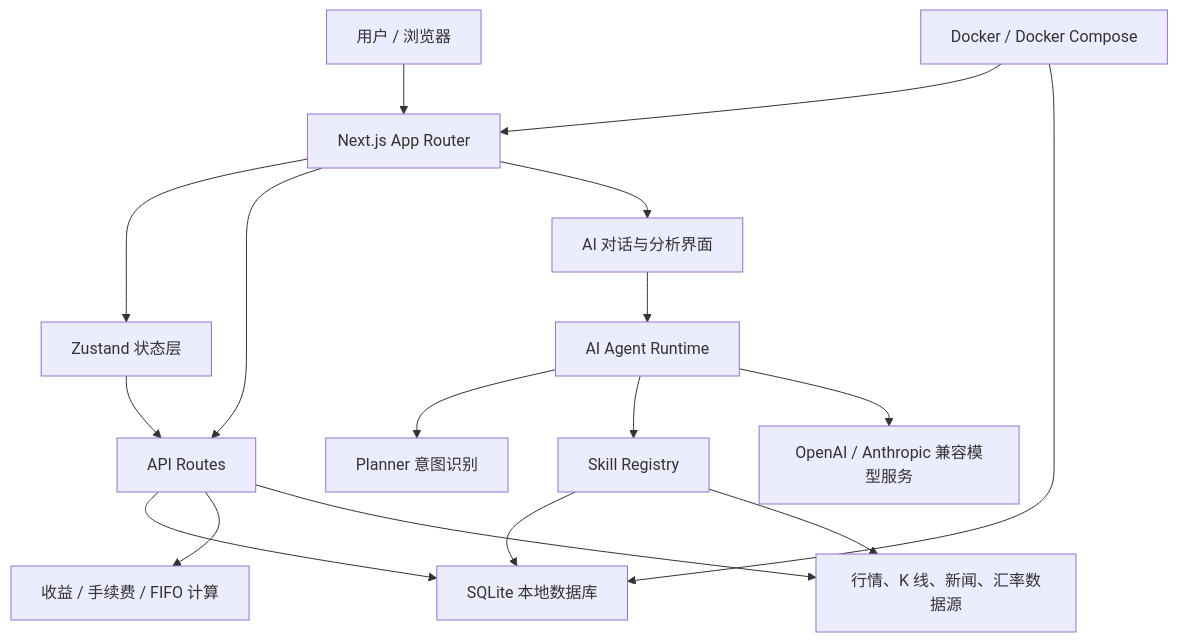
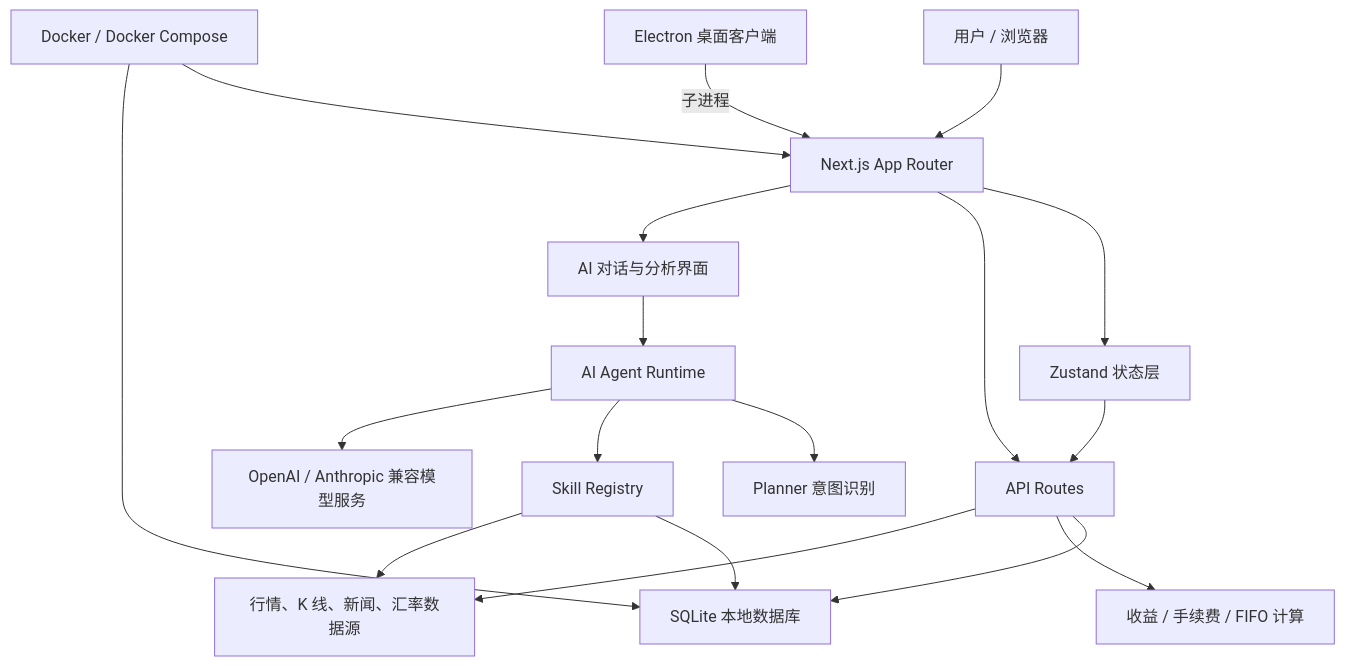
Before and after one commit to byte92/stocktracker: the diagram in README.md, drawn with Mermaid. The commit also changed other lines of this file and 2 other files, not shown here.

Commit message:
docs: update README and development docs with Electron desktop client info

````diff
--- a/README.md
+++ b/README.md
@@ -178,22 +222,23 @@
 ```mermaid
 flowchart TB
   User["用户 / 浏览器"] --> App["Next.js App Router"]
   App --> Store["Zustand 状态层"]
   App --> Api["API Routes"]
 
   Store --> Api
   Api --> SQLite["SQLite 本地数据库"]
   Api --> Finance["收益 / 手续费 / FIFO 计算"]
   Api --> DataSources["行情、K 线、新闻、汇率数据源"]
 
   App --> AgentUI["AI 对话与分析界面"]
   AgentUI --> Agent["AI Agent Runtime"]
   Agent --> Planner["Planner 意图识别"]
   Agent --> Skills["Skill Registry"]
   Skills --> SQLite
   Skills --> DataSources
   Agent --> LLM["OpenAI / Anthropic 兼容模型服务"]
 
+  Electron["Electron 桌面客户端"] --> |"子进程"| App
   Docker["Docker / Docker Compose"] --> App
   Docker --> SQLite
 ```
````
